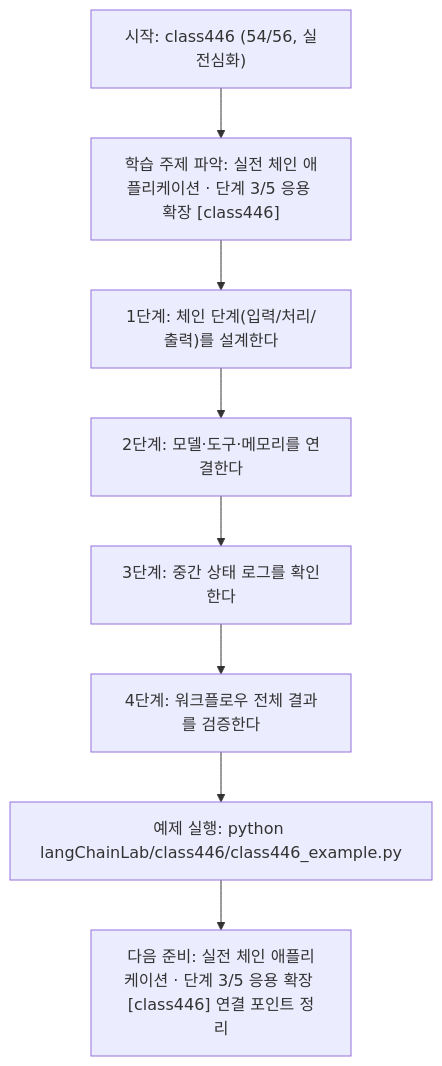
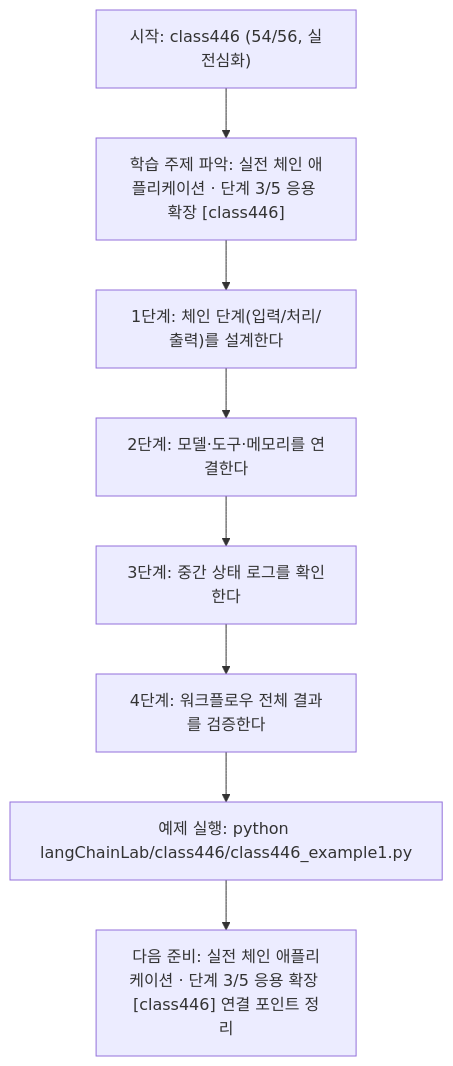
Before and after one commit to edumgt/Python-AI_Agent-Class: the diagram in langChainLab/class446/class446.md, drawn with Mermaid. The commit also changed other lines of this file and 2959 other files, not shown here.

````diff
--- a/langChainLab/class446/class446.md
+++ b/langChainLab/class446/class446.md
@@ -110,18 +110,18 @@
 ```mermaid
 flowchart TD
 N1["시작: class446 (54/56, 실전심화)"]
 N2["학습 주제 파악: 실전 체인 애플리케이션 · 단계 3/5 응용 확장 [class446]"]
 N3["1단계: 체인 단계(입력/처리/출력)를 설계한다"]
 N4["2단계: 모델·도구·메모리를 연결한다"]
 N5["3단계: 중간 상태 로그를 확인한다"]
 N6["4단계: 워크플로우 전체 결과를 검증한다"]
-N7["예제 실행: python langChainLab/class446/class446_example.py"]
+N7["예제 실행: python langChainLab/class446/class446_example1.py"]
 N8["다음 준비: 실전 체인 애플리케이션 · 단계 3/5 응용 확장 [class446] 연결 포인트 정리"]
 N1 --> N2
 N2 --> N3
 N3 --> N4
 N4 --> N5
 N5 --> N6
 N6 --> N7
 N7 --> N8
 ```
````
